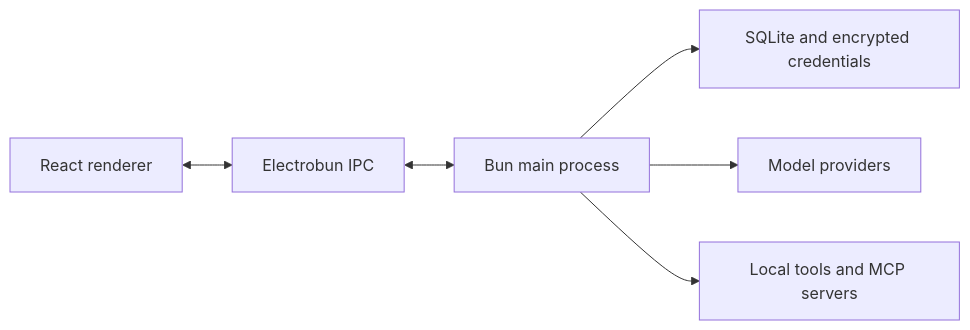
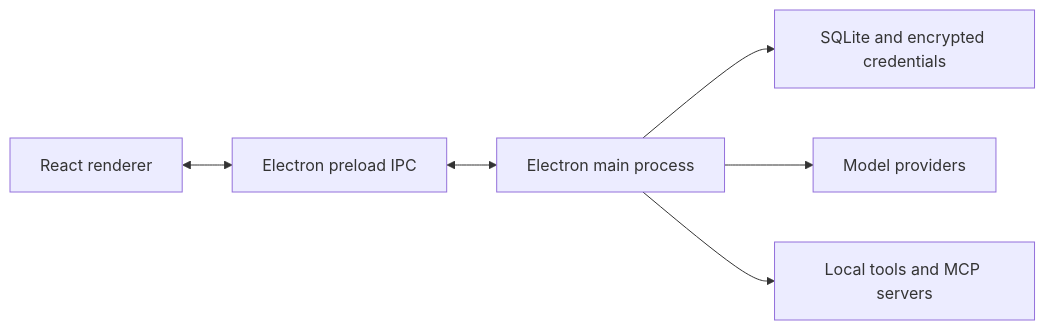
The diagram in README.md (aivaxlabs/avi), drawn with Mermaid before and after one commit. The commit also changed other lines of this file and 19 other files, not shown here.

````diff
--- a/README.md
+++ b/README.md
@@ -56,8 +56,8 @@
 ```mermaid
 flowchart LR
-    UI["React renderer"] <--> IPC["Electrobun IPC"]
-    IPC <--> Core["Bun main process"]
+    UI["React renderer"] <--> IPC["Electron preload IPC"]
+    IPC <--> Core["Electron main process"]
     Core --> Data["SQLite and encrypted credentials"]
     Core --> Providers["Model providers"]
     Core --> Tools["Local tools and MCP servers"]
 ```
````
